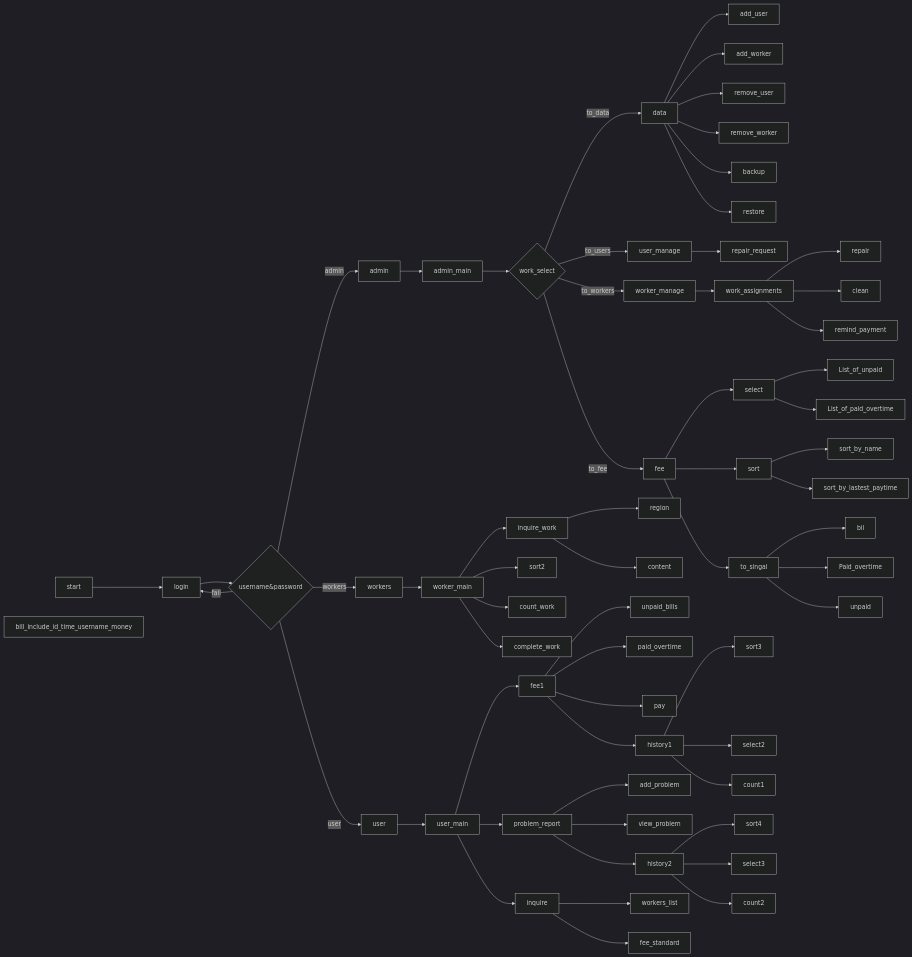
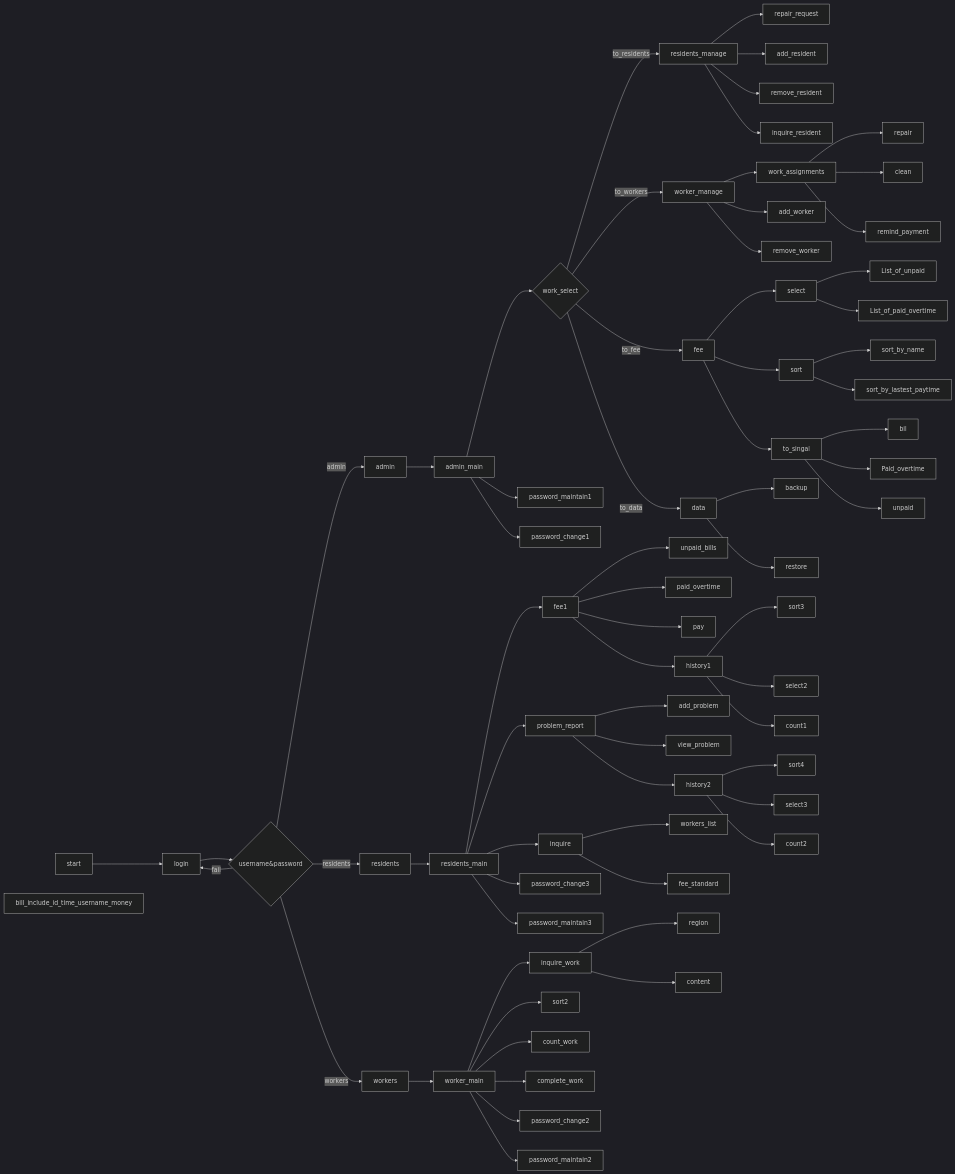
The diagram in flowchart.md (Rushyoung/properties_management), drawn with Mermaid (dark theme) before and after one commit. The commit also changed 1 other file, not shown here.

Commit message:
docs: optimized the flowchart grah

````diff
--- a/flowchart.md
+++ b/flowchart.md
@@ -1,67 +1,74 @@
 ```mermaid
 graph LR
 start --> login
 login --> verify{username&password} 
 verify -->|admin| admin
-verify --> |user| user
+verify --> |residents| residents
 verify --> |workers| workers
 verify --> |fail| login
 
 admin --> admin_main
 admin_main --> work_select1{work_select}
-work_select1 --> |to_users| user_manage
+admin_main --> password_maintain1
+admin_main --> password_change1
+work_select1 --> |to_residents| residents_manage
 work_select1 --> |to_workers| worker_manage
 work_select1 --> |to_fee| fee
 work_select1 --> |to_data| data
-data --> add_user
-data --> add_worker
-data --> remove_user
-data --> remove_worker
 data --> backup
 data --> restore
-user_manage --> repair_request
+residents_manage --> repair_request
+residents_manage --> add_resident
+residents_manage --> remove_resident
+residents_manage --> inquire_resident
 fee --> select
 fee --> sort
 fee --> to_singal
 select --> List_of_unpaid
 select --> List_of_paid_overtime
 sort --> sort_by_name
 sort --> sort_by_lastest_paytime
 to_singal --> bil
 to_singal --> Paid_overtime
 to_singal --> unpaid
 worker_manage --> work_assignments
+worker_manage --> add_worker
+worker_manage --> remove_worker
 work_assignments --> repair
 work_assignments --> clean
 work_assignments --> remind_payment
 
 workers --> worker_main
 worker_main --> inquire_work
 worker_main --> sort2
 worker_main --> count_work
 worker_main --> complete_work
+worker_main --> password_change2
+worker_main --> password_maintain2
 inquire_work --> region
 inquire_work --> content
 
-user -->  user_main
-user_main --> fee1
-user_main --> problem_report
-user_main --> inquire
+residents -->  residents_main
+residents_main --> fee1
+residents_main --> problem_report
+residents_main --> inquire
+residents_main --> password_change3
+residents_main --> password_maintain3
 fee1 --> unpaid_bills
 fee1 --> paid_overtime
 fee1 --> pay
 fee1 --> history1
 history1 --> sort3
 history1 --> select2
 history1 --> count1
 problem_report --> add_problem
 problem_report --> view_problem
 problem_report --> history2
 history2 --> sort4
 history2 --> select3
 history2 --> count2
 inquire --> workers_list
 inquire --> fee_standard
 
 bill_include_id_time_username_money
 ```
````
